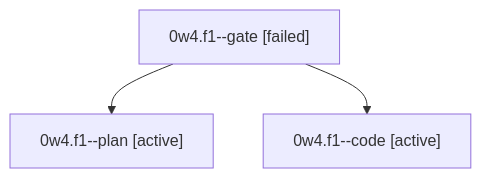
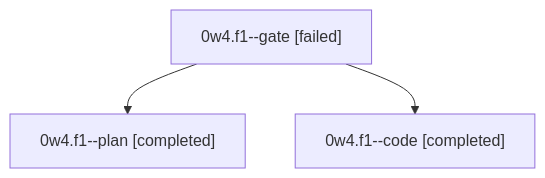
One commit to bobs-org/bob-cli--agents changed the diagram in sessions/bbugyi200.athena.0w4.f1.md. Above: the diagram before and after it, drawn with Mermaid. The commit also changed other lines of this file and 74 other files, not shown here.

````diff
--- a/sessions/bbugyi200.athena.0w4.f1.md
+++ b/sessions/bbugyi200.athena.0w4.f1.md
@@ -9,8 +9,8 @@
 ```mermaid
 flowchart TD
   n0["0w4.f1--gate [failed]"]
-  n1["0w4.f1--plan [active]"]
+  n1["0w4.f1--plan [completed]"]
   n0 --> n1
-  n2["0w4.f1--code [active]"]
+  n2["0w4.f1--code [completed]"]
   n0 --> n2
 ```
````
